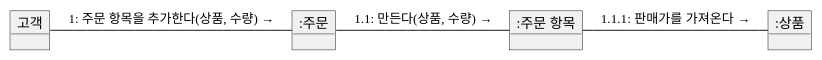
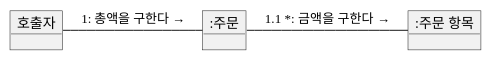
One commit to YoungSan77/TrainingMaterials changed the ninth of 14 diagrams in courses/ooad/sessions/s01.md. Above: the diagram before and after it, drawn with PlantUML. The commit also changed other lines of this file and 51 other files, not shown here.

````diff
--- a/courses/ooad/sessions/s01.md
+++ b/courses/ooad/sessions/s01.md
@@ -557,11 +489,9 @@
 ```plantuml:communication
 @startuml
-object "고객" as C
+object "호출자" as C
 object ":주문" as O
 object ":주문 항목" as I
-object ":상품" as P
-C -right- O : 1: 주문 항목을 추가한다(상품, 수량) →
-O -right- I : 1.1: 만든다(상품, 수량) →
-I -right- P : 1.1.1: 판매가를 가져온다 →
+C -right- O : 1: 총액을 구한다 →
+O -right- I : 1.1 *: 금액을 구한다 →
 @enduml
 ```
````
